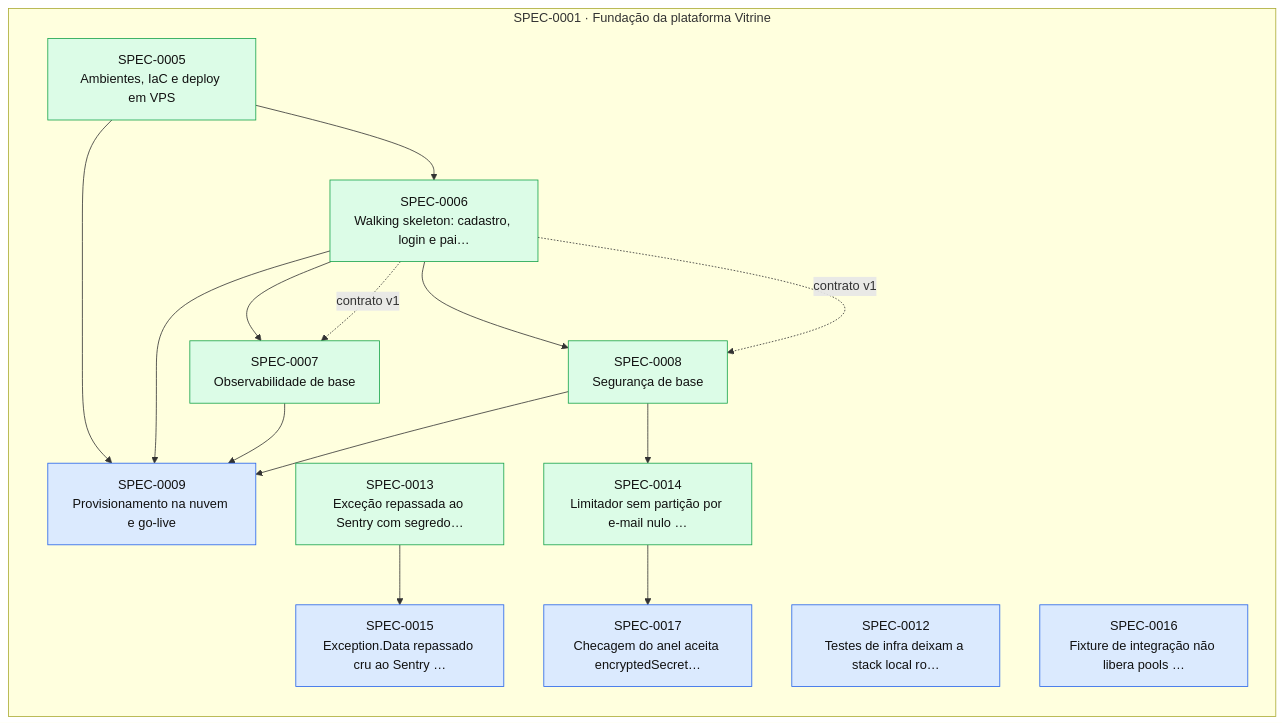
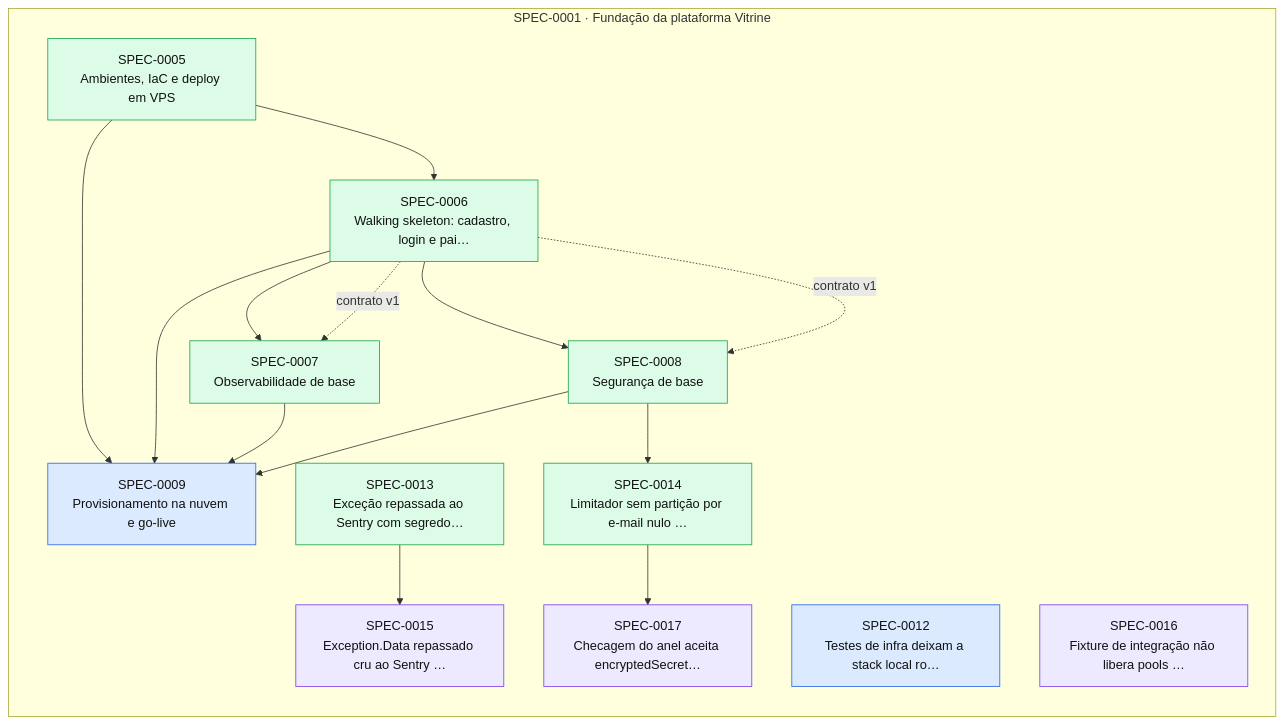
One commit to thomasravache/vitrine changed the diagram in docs/specs/INDEX.md. Above: the diagram before and after it, drawn with Mermaid. The commit also changed other lines of this file and 3 other files, not shown here.

````diff
--- a/docs/specs/INDEX.md
+++ b/docs/specs/INDEX.md
@@ -60,33 +60,33 @@
 ```mermaid
 flowchart LR
   subgraph E0001["SPEC-0001 · Fundação da plataforma Vitrine"]
     S0005["SPEC-0005<br/>Ambientes, IaC e deploy em VPS"]:::implemented
     S0006["SPEC-0006<br/>Walking skeleton: cadastro, login e pai…"]:::implemented
     S0007["SPEC-0007<br/>Observabilidade de base"]:::implemented
     S0008["SPEC-0008<br/>Segurança de base"]:::implemented
     S0009["SPEC-0009<br/>Provisionamento na nuvem e go-live"]:::approved
     S0012["SPEC-0012<br/>Testes de infra deixam a stack local ro…"]:::approved
     S0013["SPEC-0013<br/>Exceção repassada ao Sentry com segredo…"]:::implemented
     S0014["SPEC-0014<br/>Limitador sem partição por e-mail nulo …"]:::implemented
-    S0015["SPEC-0015<br/>Exception.Data repassado cru ao Sentry …"]:::approved
-    S0016["SPEC-0016<br/>Fixture de integração não libera pools …"]:::approved
-    S0017["SPEC-0017<br/>Checagem do anel aceita encryptedSecret…"]:::approved
+    S0015["SPEC-0015<br/>Exception.Data repassado cru ao Sentry …"]:::inprogress
+    S0016["SPEC-0016<br/>Fixture de integração não libera pools …"]:::inprogress
+    S0017["SPEC-0017<br/>Checagem do anel aceita encryptedSecret…"]:::inprogress
   end
   S0005 --> S0006
   S0006 --> S0007
   S0006 -. contrato v1 .-> S0007
   S0006 --> S0008
   S0006 -. contrato v1 .-> S0008
   S0005 --> S0009
   S0006 --> S0009
   S0007 --> S0009
   S0008 --> S0009
   S0008 --> S0014
   S0013 --> S0015
   S0014 --> S0017
   classDef proposed fill:#fef3c7,stroke:#d97706,color:#111
   classDef approved fill:#dbeafe,stroke:#2563eb,color:#111
   classDef inprogress fill:#ede9fe,stroke:#7c3aed,color:#111
   classDef implemented fill:#dcfce7,stroke:#16a34a,color:#111
   classDef deprecated fill:#f3f4f6,stroke:#9ca3af,color:#6b7280
 ```
````
